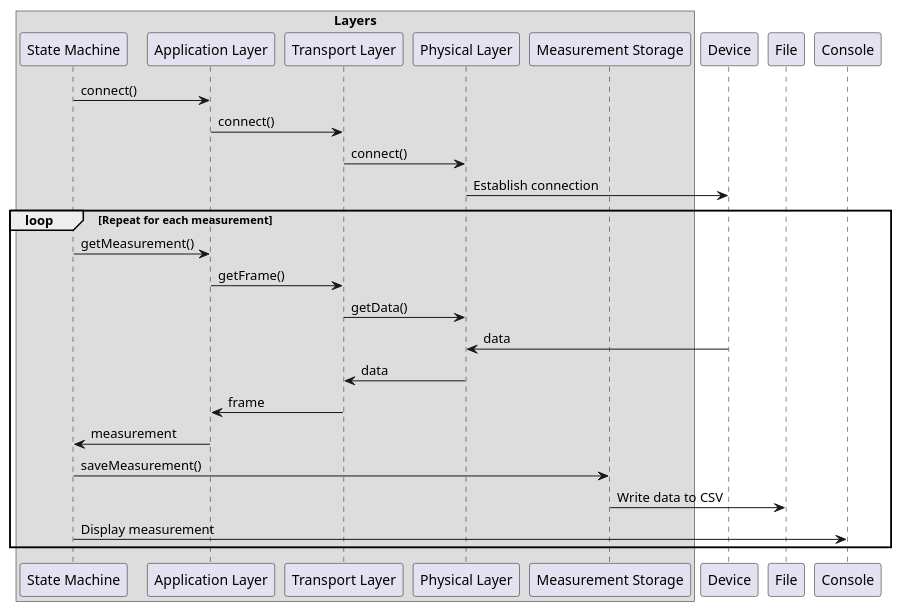
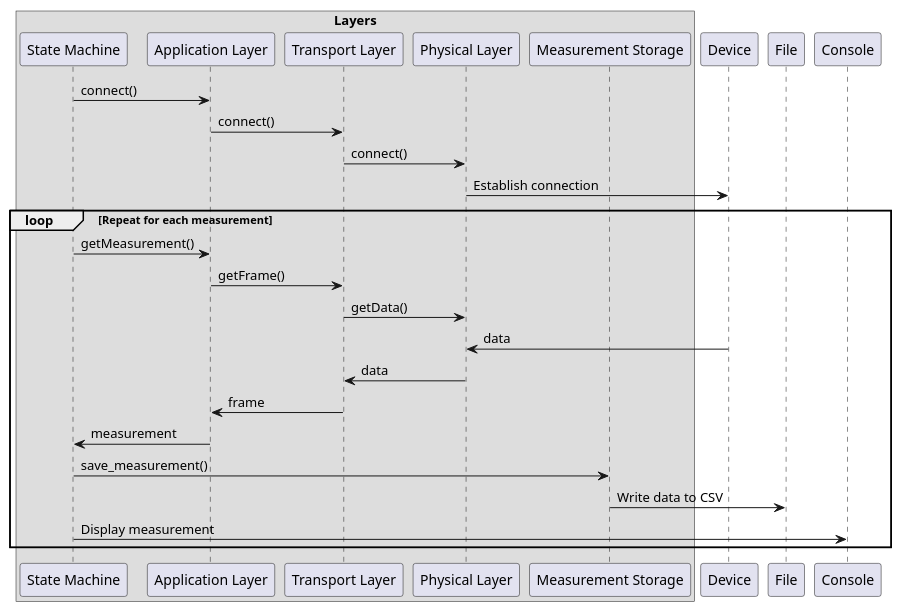
One commit to RobertGawron/IonizationChamber changed the diagram in Documentation/Diagrams/MeasurementSequenceDiagram.plantuml. Above: the diagram before and after it, drawn with PlantUML. The commit also changed 230 other files, not shown here.

```diff
--- a/Documentation/Diagrams/MeasurementSequenceDiagram.plantuml
+++ b/Documentation/Diagrams/MeasurementSequenceDiagram.plantuml
@@ -1,31 +1,31 @@
 @startuml
 box "Layers"
     participant "State Machine"
     participant "Application Layer" 
     participant "Transport Layer"
     participant "Physical Layer"
     participant "Measurement Storage"
 end box
 
 "State Machine" -> "Application Layer" : connect()
 "Application Layer" -> "Transport Layer" : connect()
 "Transport Layer" -> "Physical Layer" : connect()
 "Physical Layer" -> "Device" : Establish connection
 
 loop Repeat for each measurement
 
 "State Machine" -> "Application Layer" : getMeasurement()
 "Application Layer" -> "Transport Layer" : getFrame()
 "Transport Layer" -> "Physical Layer" : getData()
 "Device" -> "Physical Layer" : data
 "Physical Layer" -> "Transport Layer" : data
 
 "Transport Layer" -> "Application Layer" : frame
 "Application Layer" -> "State Machine" : measurement
 
-"State Machine" -> "Measurement Storage" : saveMeasurement()
+"State Machine" -> "Measurement Storage" : save_measurement()
 "Measurement Storage" -> File : Write data to CSV
 
 "State Machine" -> Console : Display measurement
 end
 @enduml
```
